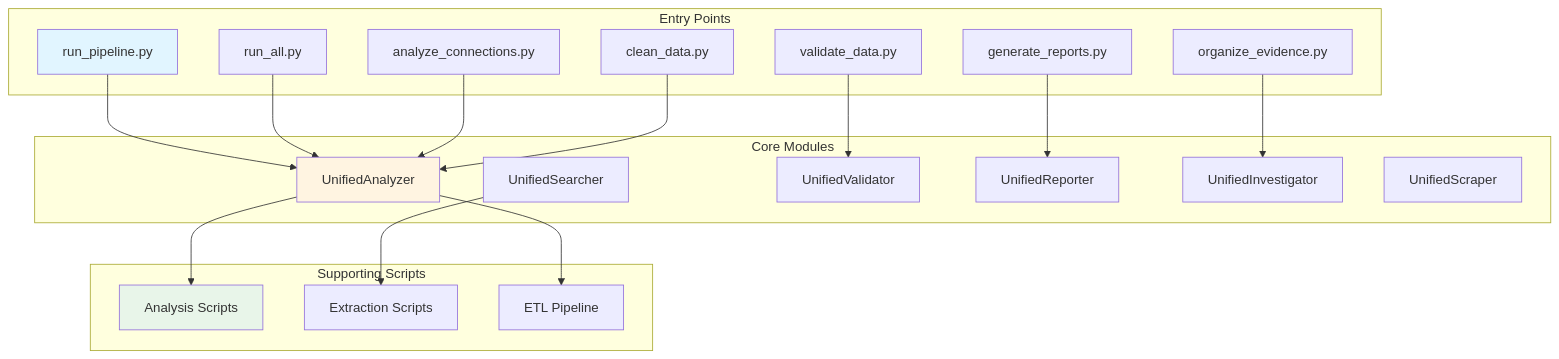
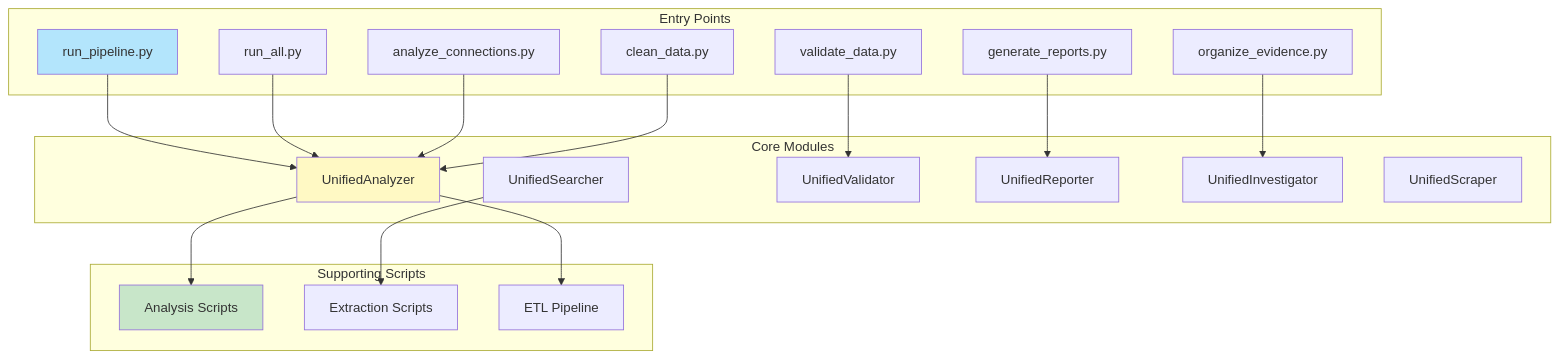
Before and after one commit to 1digitaldesign/kettler-data-analysis: the first of 3 diagrams in docs/COMPONENTS.md, drawn with Mermaid. The commit also changed other lines of this file and 16 other files, not shown here.

First line of the commit message:
Refactor all diagrams with pastel color scheme and add new diagrams

````diff
--- a/docs/COMPONENTS.md
+++ b/docs/COMPONENTS.md
@@ -5,43 +5,43 @@
 ```mermaid
 graph TB
     subgraph "Entry Points"
         E1[run_pipeline.py]
         E2[run_all.py]
         E3[analyze_connections.py]
         E4[validate_data.py]
         E5[generate_reports.py]
         E6[organize_evidence.py]
         E7[clean_data.py]
     end
 
     subgraph "Core Modules"
         C1[UnifiedAnalyzer]
         C2[UnifiedSearcher]
         C3[UnifiedValidator]
         C4[UnifiedReporter]
         C5[UnifiedInvestigator]
         C6[UnifiedScraper]
     end
 
     subgraph "Supporting Scripts"
         S1[Analysis Scripts]
         S2[Extraction Scripts]
         S3[ETL Pipeline]
     end
 
     E1 --> C1
     E2 --> C1
     E3 --> C1
     E4 --> C3
     E5 --> C4
     E6 --> C5
     E7 --> C1
 
     C1 --> S1
     C2 --> S2
     C1 --> S3
 
-    style E1 fill:#e1f5ff
-    style C1 fill:#fff4e1
-    style S1 fill:#e8f5e9
+    style E1 fill:#B3E5FC
+    style C1 fill:#FFF9C4
+    style S1 fill:#C8E6C9
 ```
````
